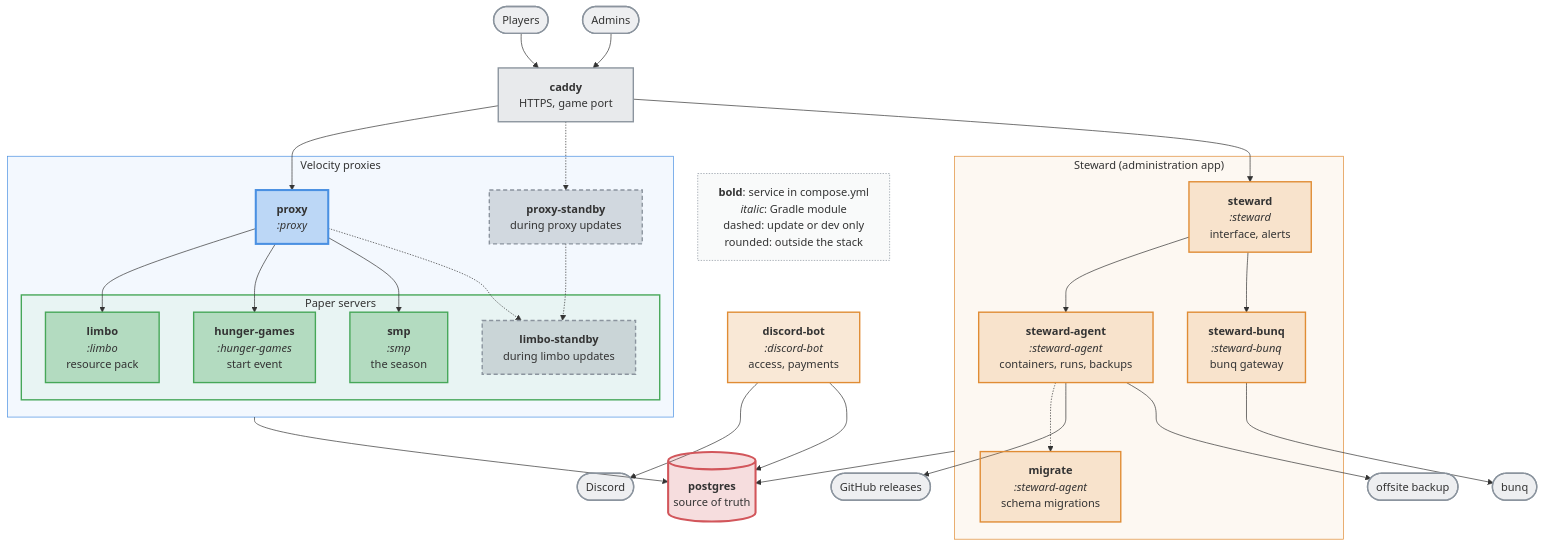
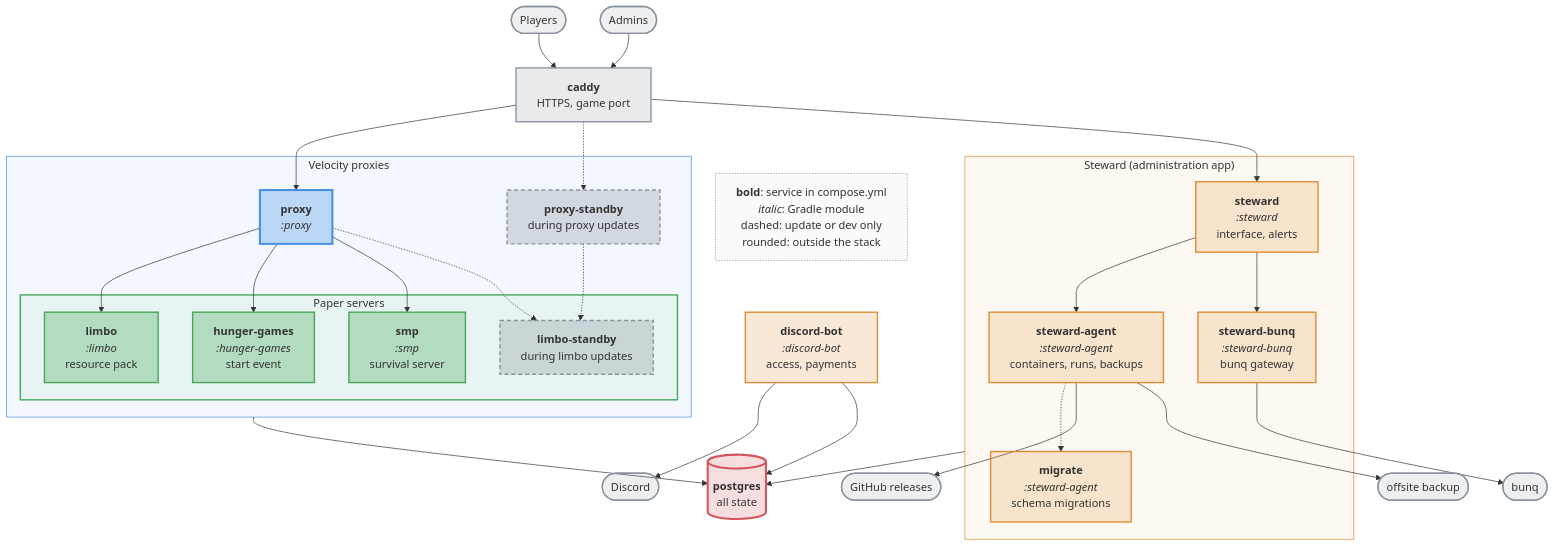
One commit to nordtal/season-2 changed the diagram in README.md. Above: the diagram before and after it, drawn with Mermaid. The commit also changed other lines of this file, not shown here.

````diff
--- a/README.md
+++ b/README.md
@@ -17,70 +16,70 @@
 ```mermaid
 %%{init: {'themeVariables': {'fontSize': '16px'}, 'flowchart': {'wrappingWidth': 240, 'diagramPadding': 8}}}%%
 flowchart TB
     LEG["<b>bold</b>: service in compose.yml<br/><i>italic</i>: Gradle module<br/>dashed: update or dev only<br/>rounded: outside the stack"]:::key
     players(["Players"]):::ext
     admins(["Admins"]):::ext
     CADDY["<b>caddy</b><br/>HTTPS, game port"]:::entry
 
     subgraph vlc["Velocity proxies"]
         NC["<b>proxy</b><br/><i>:proxy</i>"]:::proxy
         NCS["<b>proxy-standby</b><br/>during proxy updates"]:::standby
 
         subgraph ppr["Paper servers"]
             HG["<b>hunger-games</b><br/><i>:hunger-games</i><br/>start event"]:::paper
-            SMP["<b>smp</b><br/><i>:smp</i><br/>the season"]:::paper
+            SMP["<b>smp</b><br/><i>:smp</i><br/>survival server"]:::paper
             LIMBO["<b>limbo</b><br/><i>:limbo</i><br/>resource pack"]:::paper
             LIMBOS["<b>limbo-standby</b><br/>during limbo updates"]:::standby
         end
     end
 
     subgraph st["Steward (administration app)"]
         UPD["<b>steward</b><br/><i>:steward</i><br/>interface, alerts"]:::app
         DEP["<b>steward-agent</b><br/><i>:steward-agent</i><br/>containers, runs, backups"]:::app
         BANK["<b>steward-bunq</b><br/><i>:steward-bunq</i><br/>bunq gateway"]:::app
         MIG["<b>migrate</b><br/><i>:steward-agent</i><br/>schema migrations"]:::app
     end
 
     BOT["<b>discord-bot</b><br/><i>:discord-bot</i><br/>access, payments"]:::app
-    PG[("<b>postgres</b><br/>source of truth")]:::db
+    PG[("<b>postgres</b><br/>all state")]:::db
 
     bunq(["bunq"]):::ext
     discord(["Discord"]):::ext
     gh(["GitHub releases"]):::ext
     offsite(["offsite backup"]):::ext
 
     players --> CADDY
     admins --> CADDY
     CADDY --> NC
     CADDY -.-> NCS
     CADDY --> UPD
     NC --> LIMBO
     NC --> HG
     NC --> SMP
     NC -.-> LIMBOS
     NCS -.->  LIMBOS
     UPD --> DEP
     UPD --> BANK
     BANK --> bunq
     DEP -.-> MIG
     DEP --> gh
     DEP --> offsite
     LEG ~~~ BOT
     BOT --> discord
     vlc --> PG
     BOT --> PG
     st --> PG
 
     classDef key fill:#8b949e0d,stroke:#8b949e,stroke-width:1px,stroke-dasharray:2 2
     classDef ext fill:#8b949e26,stroke:#8b949e,stroke-width:2px
     classDef entry fill:#8b949e33,stroke:#8b949e,stroke-width:2px
     classDef proxy fill:#4a90e253,stroke:#4a90e2,stroke-width:3px
     classDef paper fill:#46a75853,stroke:#46a758,stroke-width:2px
     classDef standby fill:#8b949e53,stroke:#8b949e,stroke-width:2px,stroke-dasharray:6 4
     classDef app fill:#e08c3433,stroke:#e08c34,stroke-width:2px
     classDef db fill:#d2565b33,stroke:#d2565b,stroke-width:3px
     classDef side fill:#8b949e1a,stroke:#8b949e,stroke-width:1px,stroke-dasharray:3 3
     style vlc fill:#4a90e210,stroke:#4a90e2,stroke-width:1px
     style ppr fill:#46a75810,stroke:#46a758,stroke-width:2px
     style st fill:#e08c3410,stroke:#e08c34,stroke-width:1px
 ```
````
